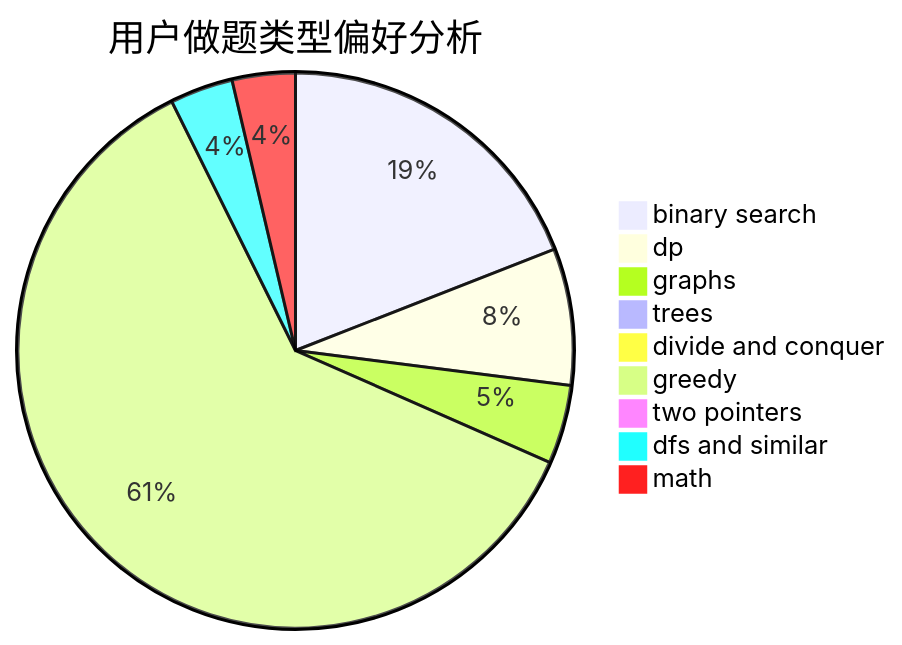
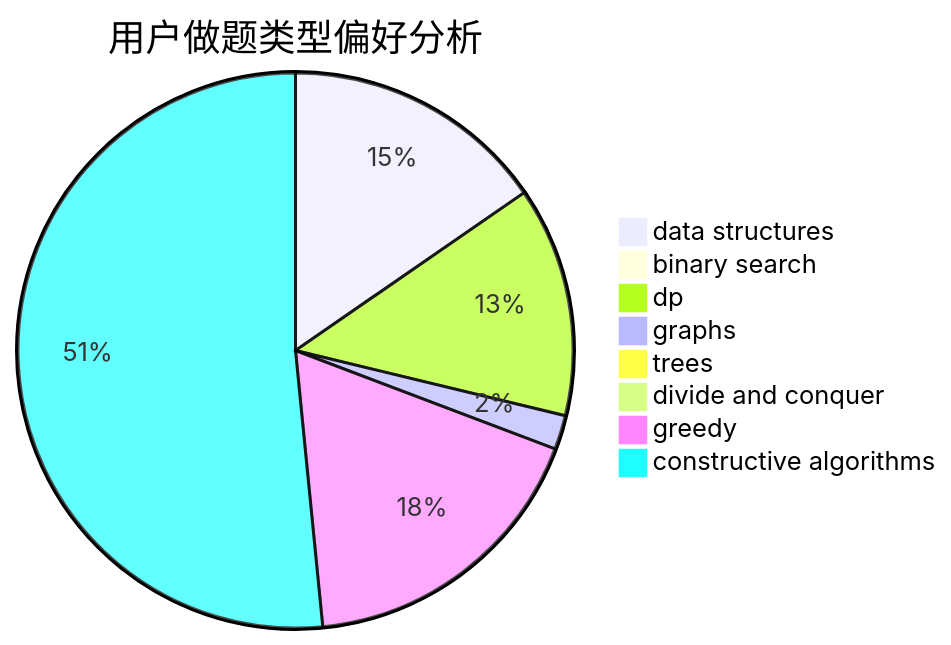
Before and after one commit to sherpahu/cfrs.github.io: the second of 3 diagrams in docs/user/u1850.md, drawn with Mermaid. The commit also changed other lines of this file and 2775 other files, not shown here.

````diff
--- a/docs/user/u1850.md
+++ b/docs/user/u1850.md
@@ -23,12 +23,11 @@
 ```mermaid
 pie title 用户做题类型偏好分析
-    "binary search" :  187
-    "dp" :  78
-    "graphs" :  45
-    "trees" :  8
+    "data structures" :  54
+    "binary search" :  1
+    "dp" :  47
+    "graphs" :  7
+    "trees" :  0
     "divide and conquer" :  0
-    "greedy" :  599
-    "two pointers" :  1
-    "dfs and similar" :  36
-    "math" :  36
+    "greedy" :  62
+    "constructive algorithms" :  181
 ```
````
